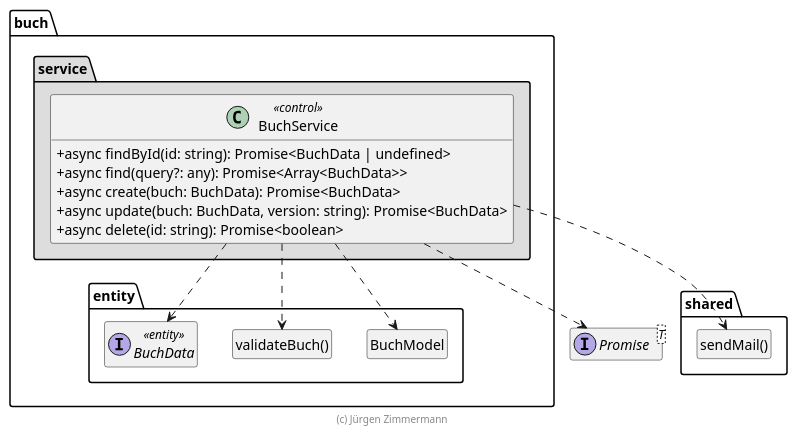
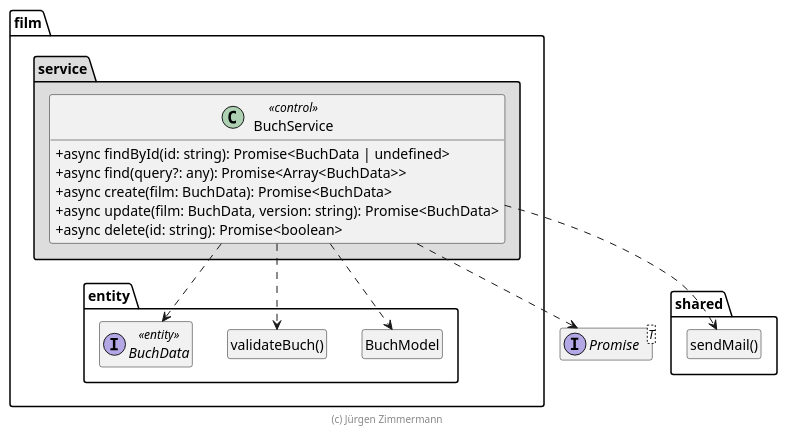
One commit to marcelmaerdian/SWE_WS2020 changed the diagram in doc/entwicklerhandbuch/FilmService.puml. Above: the diagram before and after it, drawn with PlantUML. The commit also changed 51 other files, not shown here.

```diff
--- a/doc/entwicklerhandbuch/FilmService.puml
+++ b/doc/entwicklerhandbuch/FilmService.puml
@@ -15,46 +15,46 @@
 @startuml Anwendungskern
 
 !pragma useNewPackage
 skinparam classAttributeIconSize 0
 skinparam componentStyle uml2
 
 interface Promise<T>
 
 package shared {
   class "sendMail()" as sendMail
   hide sendMail circle
 }
 
-package buch {
+package film {
   package entity {
     class BuchModel
     hide BuchModel circle
 
     class "validateBuch()" as validateBuch
     hide validateBuch circle
 
     interface BuchData <<entity>>
   }
 
   package service #DDDDDD {
     BuchService ..> Promise
     BuchService ..> BuchModel
     BuchService ..> BuchData
     BuchService ..> validateBuch
     BuchService ..> sendMail
 
     class BuchService << control >> {
       + async findById(id: string): Promise<BuchData | undefined>
       + async find(query?: any): Promise<Array<BuchData>>
-      + async create(buch: BuchData): Promise<BuchData>
-      + async update(buch: BuchData, version: string): Promise<BuchData>
+      + async create(film: BuchData): Promise<BuchData>
+      + async update(film: BuchData, version: string): Promise<BuchData>
       + async delete(id: string): Promise<boolean>
     }
   }
 }
 
 hide empty members
 
 footer (c) Jürgen Zimmermann
 
 @enduml
```
